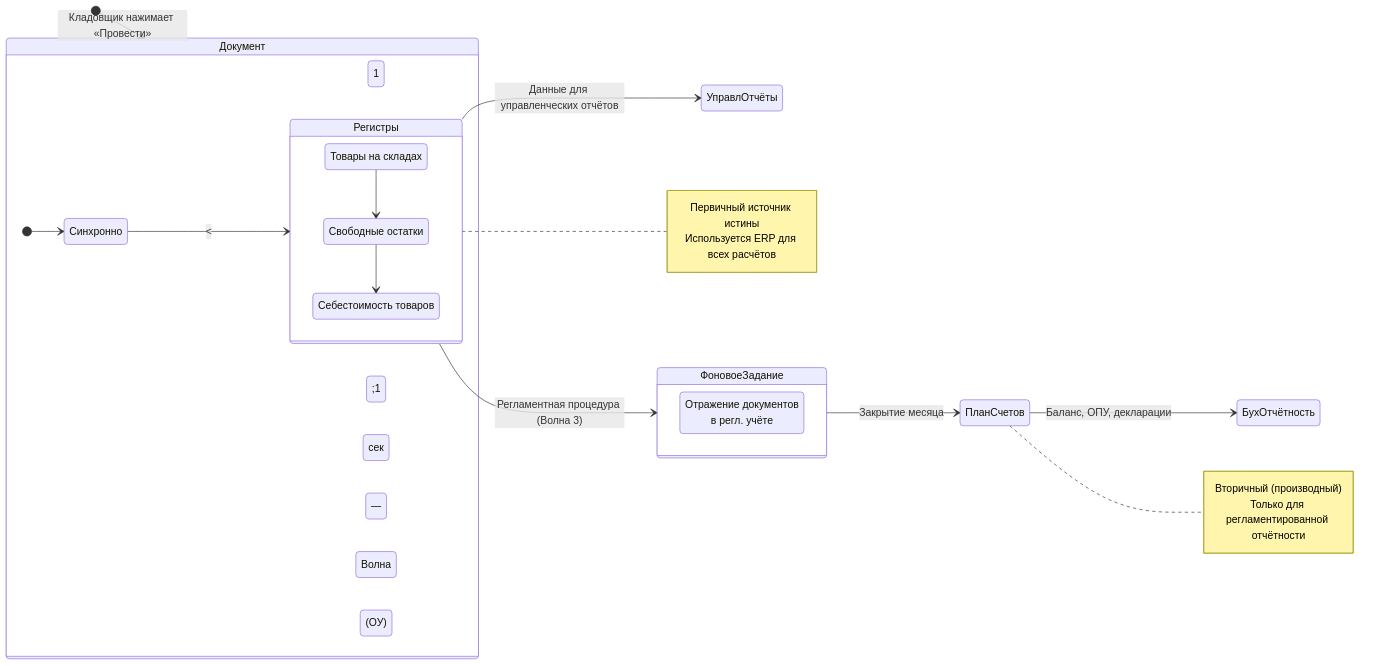
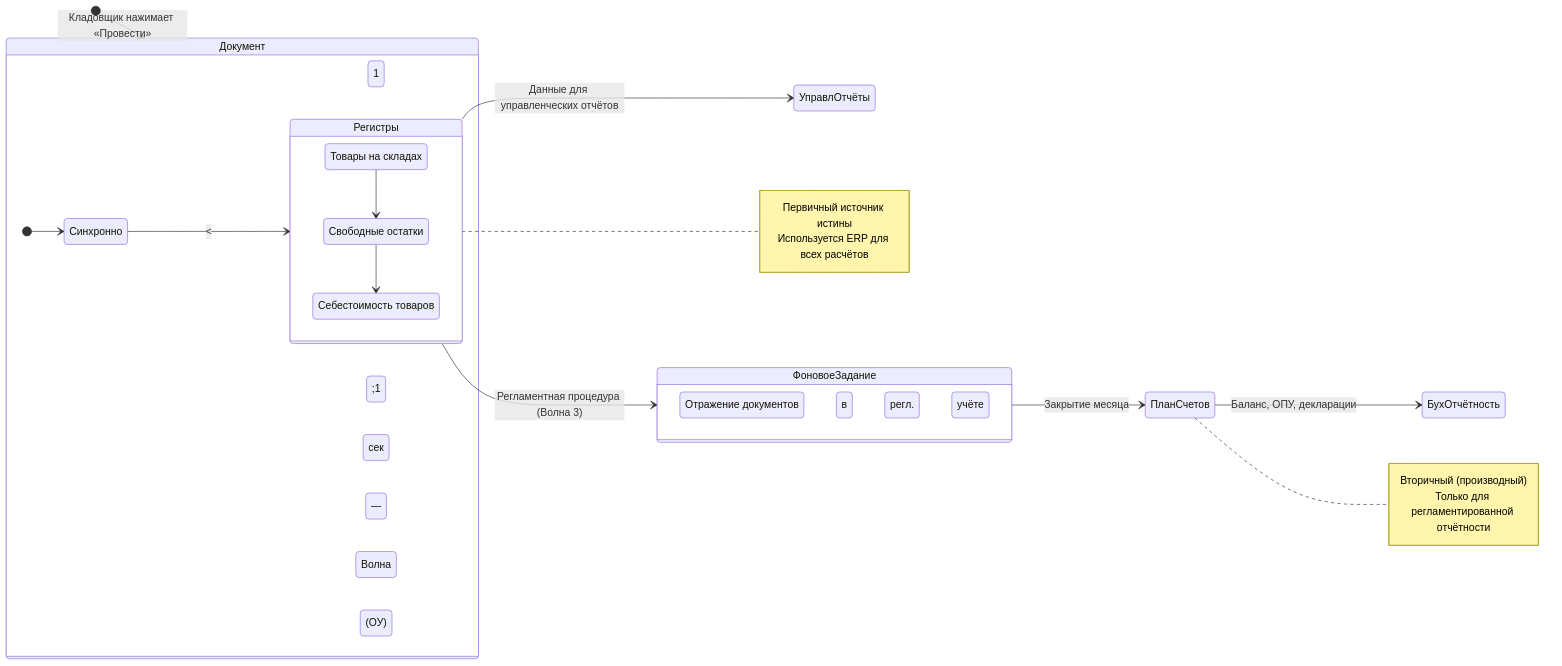
One commit to murad1986/1c-erp-quartz changed the fourth of 5 diagrams in content/1c-erp/week_1/Неделя 1 - День 1 - Виды учета и Архитектура.md. Above: the diagram before and after it, drawn with Mermaid. The commit also changed 37 other files, not shown here.

First line of the commit message:
Fix lesson sorting, Mermaid colors, and syntax errors

````diff
--- a/content/1c-erp/week_1/Неделя 1 - День 1 - Виды учета и Архитектура.md
+++ b/content/1c-erp/week_1/Неделя 1 - День 1 - Виды учета и Архитектура.md
@@ -355,38 +355,39 @@
 ```mermaid
 stateDiagram-v2
     direction LR
     [*] --> Документ : Кладовщик нажимает «Провести»
 
     state Документ {
         [*] --> Синхронно
         Синхронно --> Регистры : &lt;1 сек — Волна 1 (ОУ)
     }
 
     state Регистры {
         ТоварыНаСкладах : Товары на складах
         СвободныеОстатки : Свободные остатки
         Себестоимость : Себестоимость товаров
         ТоварыНаСкладах --> СвободныеОстатки
         СвободныеОстатки --> Себестоимость
     }
 
     Регистры --> УправлОтчёты : Данные для управленческих отчётов
     Регистры --> ФоновоеЗадание : Регламентная процедура (Волна 3)
 
     state ФоновоеЗадание {
-        ОтражениеДокументов : Отражение документов<br/>в регл. учёте
+        ОтражениеДокументов : Отражение документов
+в регл. учёте
     }
 
     ФоновоеЗадание --> ПланСчетов : Закрытие месяца
     ПланСчетов --> БухОтчётность : Баланс, ОПУ, декларации
 
     note right of Регистры
         Первичный источник истины
         Используется ERP для всех расчётов
     end note
 
     note right of ПланСчетов
         Вторичный (производный)
         Только для регламентированной отчётности
     end note
 ```
````
